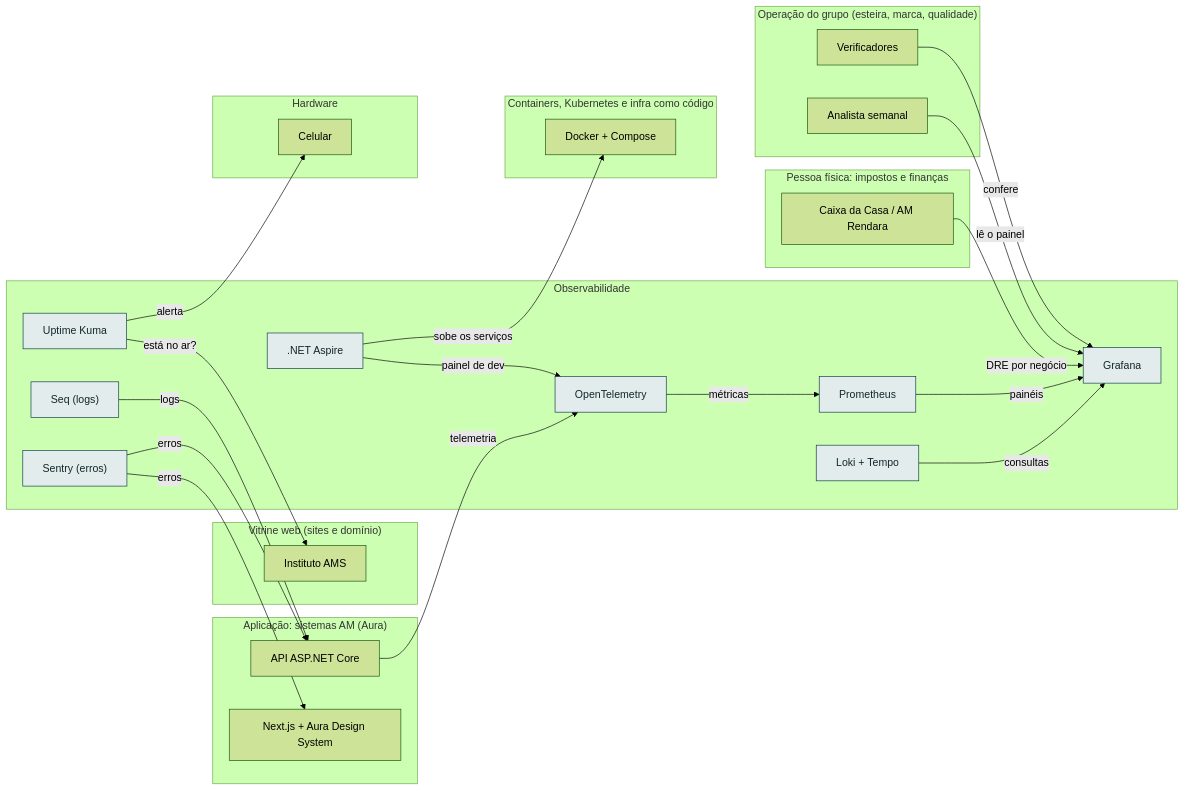
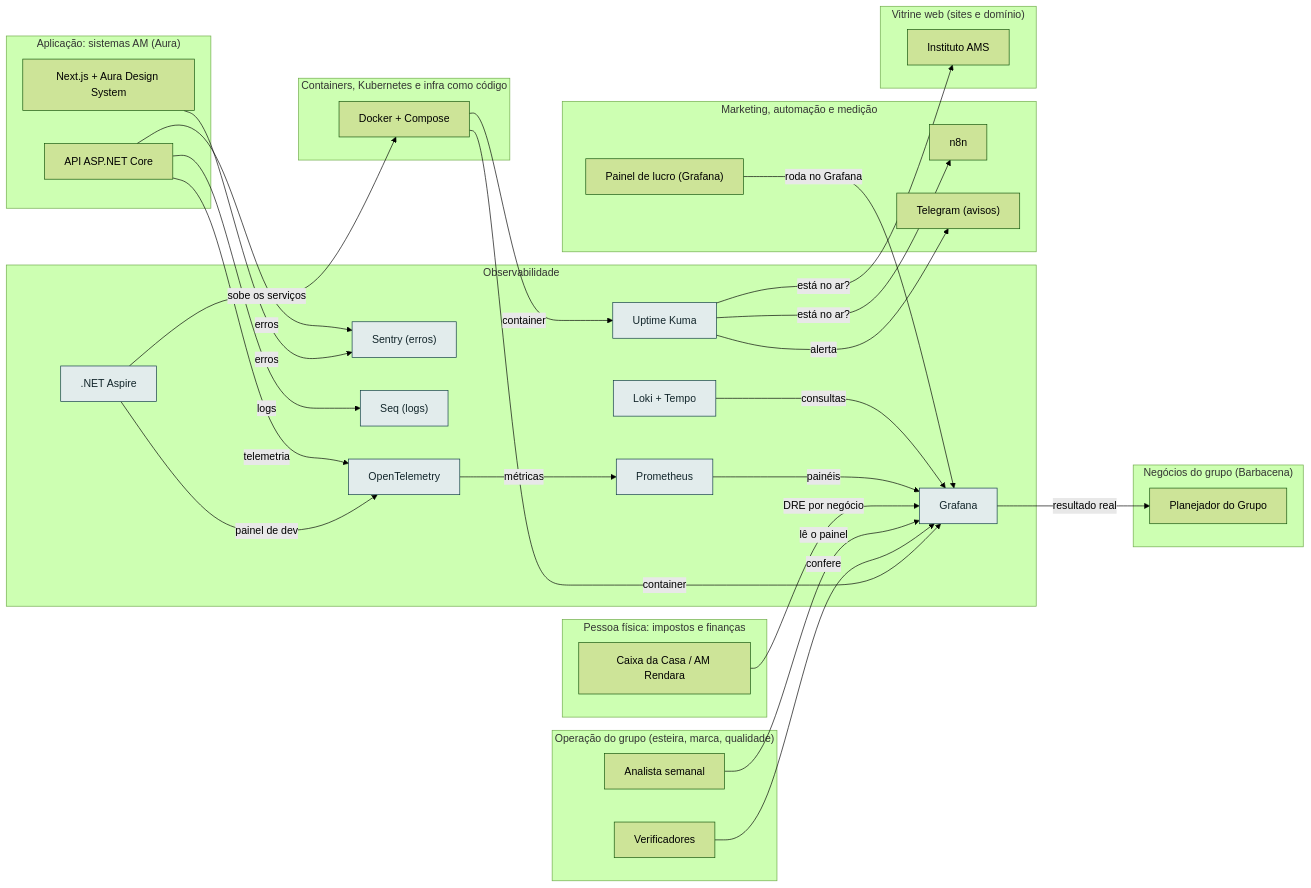
One commit to AlanMateus17/dev-setup changed the diagram in docs/camadas/09-obs.md. Above: the diagram before and after it, drawn with Mermaid (forest theme). The commit also changed other lines of this file and 38 other files, not shown here.

````diff
--- a/docs/camadas/09-obs.md
+++ b/docs/camadas/09-obs.md
@@ -14,49 +14,59 @@
 ```mermaid
 flowchart LR
   subgraph L_obs["Observabilidade"]
     n_sentry["Sentry (erros)"]
     n_kuma["Uptime Kuma"]
     n_seq["Seq (logs)"]
     n_loki["Loki + Tempo"]
     n_otel["OpenTelemetry"]
     n_prom["Prometheus"]
     n_graf["Grafana"]
     n_aspire[".NET Aspire"]
   end
   subgraph L_oper["Operação do grupo (esteira, marca, qualidade)"]
     n_oanal["Analista semanal"]
     n_overif["Verificadores"]
   end
+  subgraph L_mkt["Marketing, automação e medição"]
+    n_n8n["n8n"]
+    n_painel["Painel de lucro (Grafana)"]
+    n_tg["Telegram (avisos)"]
+  end
   subgraph L_emp["Pessoa física: impostos e finanças"]
     n_caixa["Caixa da Casa / AM Rendara"]
   end
   subgraph L_web["Vitrine web (sites e domínio)"]
     n_inst["Instituto AMS"]
+  end
+  subgraph L_neg["Negócios do grupo (Barbacena)"]
+    n_nplan["Planejador do Grupo"]
   end
   subgraph L_app["Aplicação: sistemas AM (Aura)"]
     n_api["API ASP.NET Core"]
     n_front["Next.js + Aura Design System"]
   end
   subgraph L_cnt["Containers, Kubernetes e infra como código"]
     n_docker["Docker + Compose"]
   end
-  subgraph L_hw["Hardware"]
-    n_cel["Celular"]
-  end
-  n_sentry -->|"erros"| n_api
-  n_sentry -->|"erros"| n_front
+  n_api -->|"erros"| n_sentry
+  n_front -->|"erros"| n_sentry
   n_kuma -->|"está no ar?"| n_inst
-  n_kuma -->|"alerta"| n_cel
-  n_seq -->|"logs"| n_api
+  n_kuma -->|"alerta"| n_tg
+  n_kuma -->|"está no ar?"| n_n8n
+  n_docker -->|"container"| n_kuma
+  n_api -->|"logs"| n_seq
   n_loki -->|"consultas"| n_graf
   n_otel -->|"métricas"| n_prom
   n_api -->|"telemetria"| n_otel
   n_aspire -->|"painel de dev"| n_otel
   n_prom -->|"painéis"| n_graf
+  n_graf -->|"resultado real"| n_nplan
   n_caixa -->|"DRE por negócio"| n_graf
   n_oanal -->|"lê o painel"| n_graf
   n_overif -->|"confere"| n_graf
+  n_painel -->|"roda no Grafana"| n_graf
+  n_docker -->|"container"| n_graf
   n_aspire -->|"sobe os serviços"| n_docker
   classDef desta fill:#e2ecec,stroke:#0e3a45,color:#13262b
   class n_sentry,n_kuma,n_seq,n_loki,n_otel,n_prom,n_graf,n_aspire desta
 ```
````
